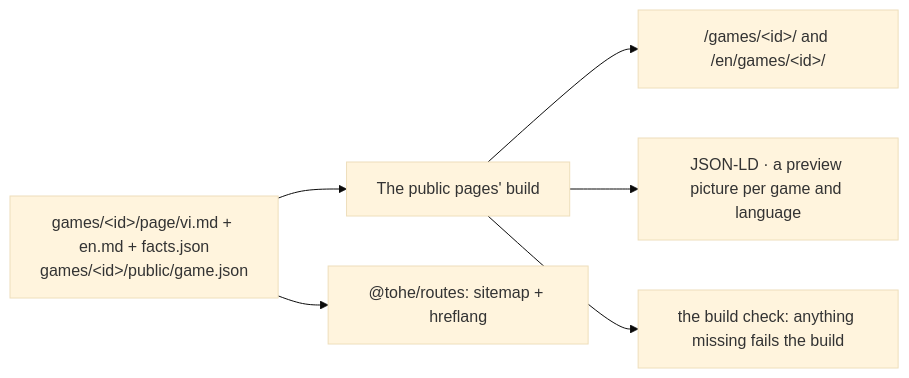
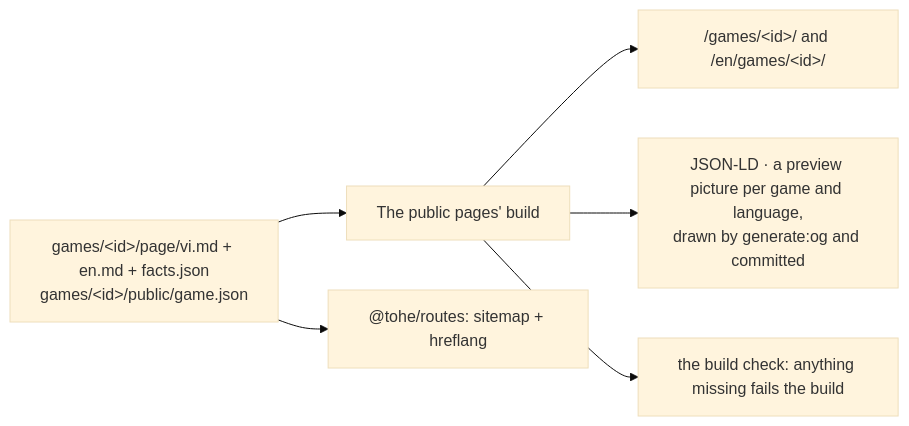
Before and after one commit to vinh466/tohe-play: the third of 3 diagrams in docs/architecture/surfaces.md, drawn with Mermaid (base theme). The commit also changed other lines of this file and 67 other files, not shown here.

````diff
--- a/docs/architecture/surfaces.md
+++ b/docs/architecture/surfaces.md
@@ -144,8 +144,8 @@
 ```mermaid
 flowchart LR
   src["games/&lt;id&gt;/page/vi.md + en.md + facts.json<br/>games/&lt;id&gt;/public/game.json"] --> build[The public pages' build]
   build --> pages["/games/&lt;id&gt;/ and /en/games/&lt;id&gt;/"]
-  build --> meta["JSON-LD · a preview picture per game and language"]
+  build --> meta["JSON-LD · a preview picture per game and language,<br/>drawn by generate:og and committed"]
   src --> routes["@tohe/routes: sitemap + hreflang"]
   build --> check["the build check: anything missing fails the build"]
 ```
````
